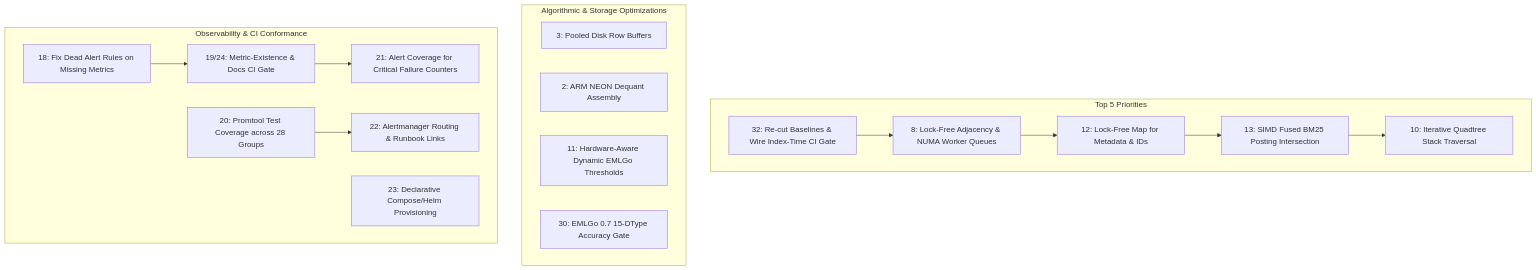
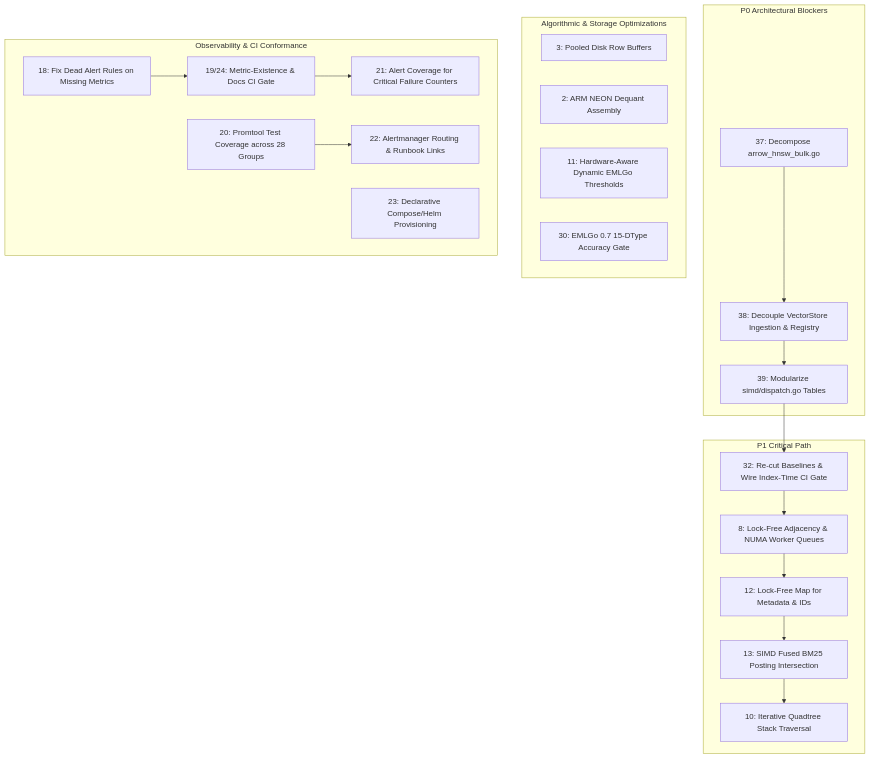
The diagram in docs/roadmap.md (23skdu/longbow), drawn with Mermaid before and after one commit. The commit also changed other lines of this file and 11 other files, not shown here.

````diff
--- a/docs/roadmap.md
+++ b/docs/roadmap.md
@@ -18,32 +21,40 @@
 ```mermaid
 graph TD
-    subgraph P1["Top 5 Priorities"]
+    subgraph P0["P0 Architectural Blockers"]
+        I37["37: Decompose arrow_hnsw_bulk.go"]
+        I38["38: Decouple VectorStore Ingestion & Registry"]
+        I39["39: Modularize simd/dispatch.go Tables"]
+    end
+    subgraph P1["P1 Critical Path"]
         I32["32: Re-cut Baselines & Wire Index-Time CI Gate"]
         I8["8: Lock-Free Adjacency & NUMA Worker Queues"]
         I12["12: Lock-Free Map for Metadata & IDs"]
         I13["13: SIMD Fused BM25 Posting Intersection"]
         I10["10: Iterative Quadtree Stack Traversal"]
     end
     subgraph P2["Algorithmic & Storage Optimizations"]
         I3["3: Pooled Disk Row Buffers"]
         I2["2: ARM NEON Dequant Assembly"]
         I11["11: Hardware-Aware Dynamic EMLGo Thresholds"]
         I30["30: EMLGo 0.7 15-DType Accuracy Gate"]
     end
     subgraph P3["Observability & CI Conformance"]
         I18["18: Fix Dead Alert Rules on Missing Metrics"]
         I19["19/24: Metric-Existence & Docs CI Gate"]
         I21["21: Alert Coverage for Critical Failure Counters"]
         I20["20: Promtool Test Coverage across 28 Groups"]
         I22["22: Alertmanager Routing & Runbook Links"]
         I23["23: Declarative Compose/Helm Provisioning"]
     end
 
+    I37 --> I38
+    I38 --> I39
+    I39 --> I32
     I32 --> I8
     I8 --> I12
     I12 --> I13
     I13 --> I10
     I18 --> I19
     I19 --> I21
     I20 --> I22
 ```
````
